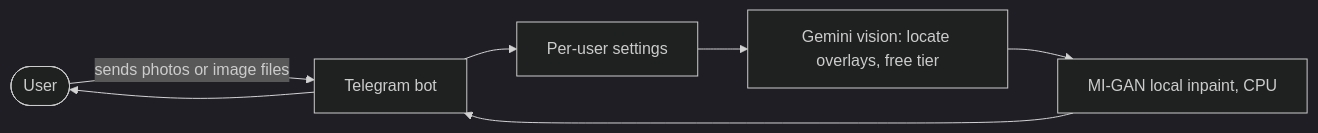
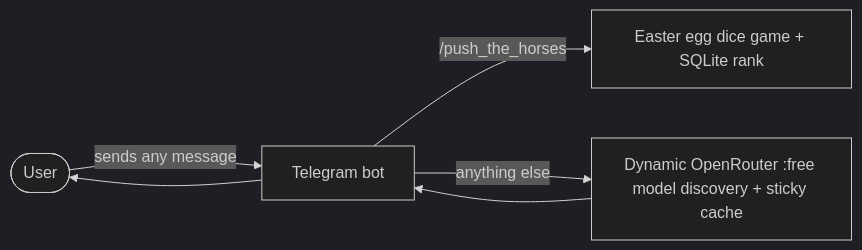
One commit to icherniukh/mr-prompter-bot changed the diagram in README.md. Above: the diagram before and after it, drawn with Mermaid (dark theme). The commit also changed other lines of this file and 2 other files, not shown here.

````diff
--- a/README.md
+++ b/README.md
@@ -20,9 +7,8 @@
 ```mermaid
 flowchart LR
-    U([User]) -- sends photos or image files --> T[Telegram bot]
-    T --> S[Per-user settings]
-    S --> GV[Gemini vision: locate overlays, free tier]
-    GV --> MI[MI-GAN local inpaint, CPU]
-    MI --> T
+    U([User]) -- sends any message --> T[Telegram bot]
+    T -- /push_the_horses --> H[Easter egg dice game + SQLite rank]
+    T -- anything else --> OR[Dynamic OpenRouter :free model discovery + sticky cache]
+    OR --> T
     T --> U
 ```
````
